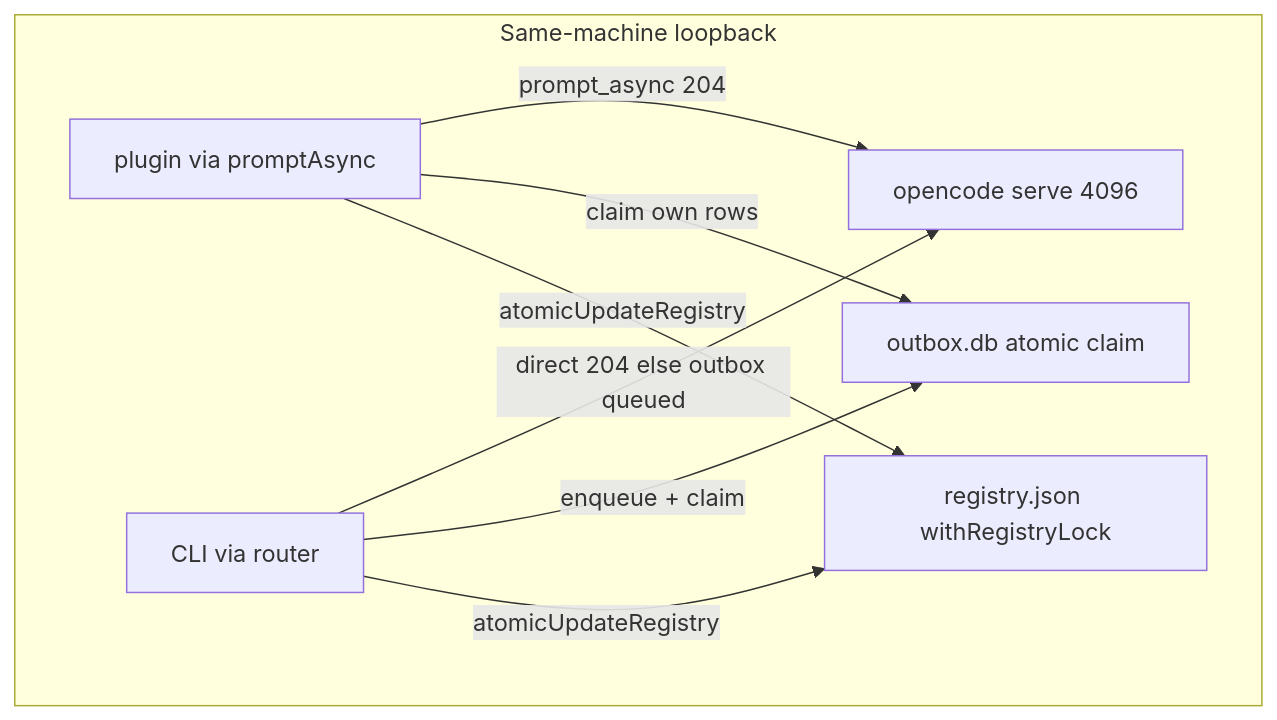
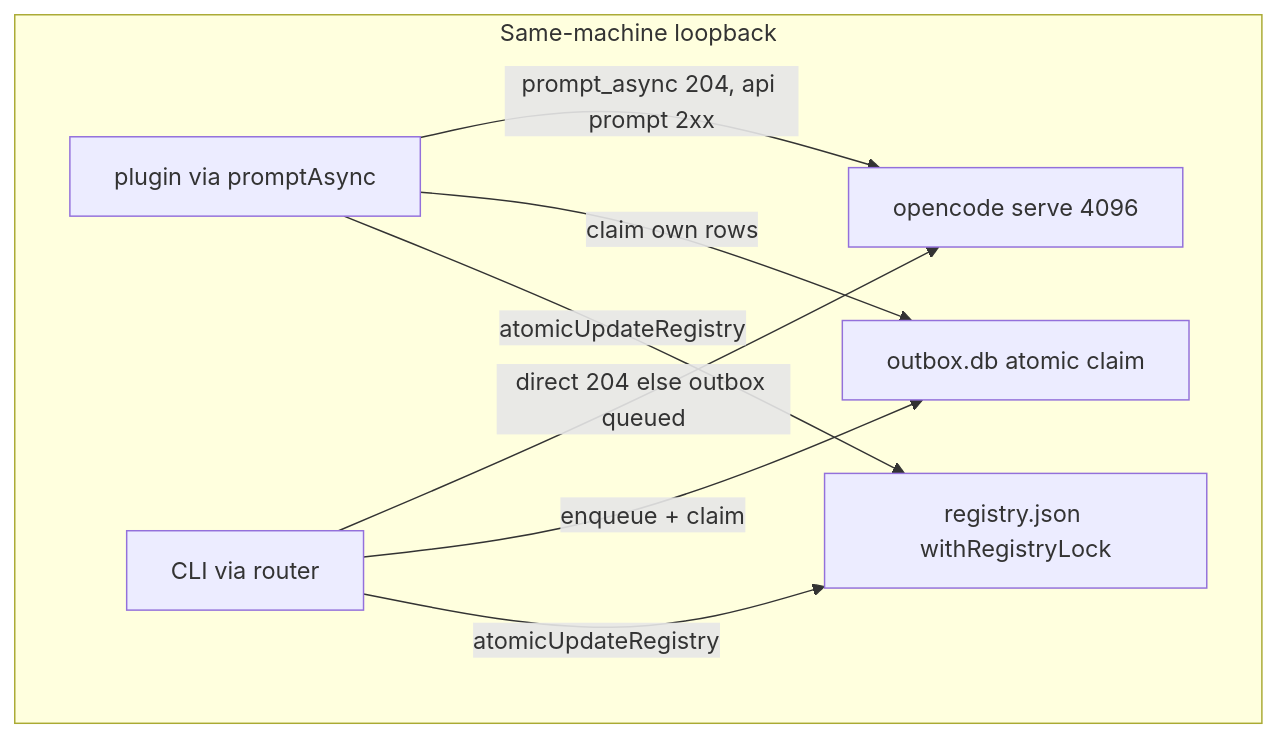
One commit to divisionseven/opencode-mesh changed the diagram in ARCHITECTURE.md. Above: the diagram before and after it, drawn with Mermaid. The commit also changed other lines of this file and 7 other files, not shown here.

````diff
--- a/ARCHITECTURE.md
+++ b/ARCHITECTURE.md
@@ -13,17 +13,17 @@
 ```mermaid
 %% Host paths: plugin and CLI share registry plus outbox
 flowchart TB
   subgraph Host[Same-machine loopback]
     R[registry.json withRegistryLock]
     O[outbox.db atomic claim]
     P[plugin via promptAsync]
     C[CLI via router]
     S[opencode serve 4096]
   end
-  P -->|prompt_async 204| S
+  P -->|prompt_async 204, api prompt 2xx| S
   C -->|direct 204 else outbox queued| S
   C -->|enqueue + claim| O
   P -->|claim own rows| O
   P -->|atomicUpdateRegistry| R
   C -->|atomicUpdateRegistry| R
 ```
````
